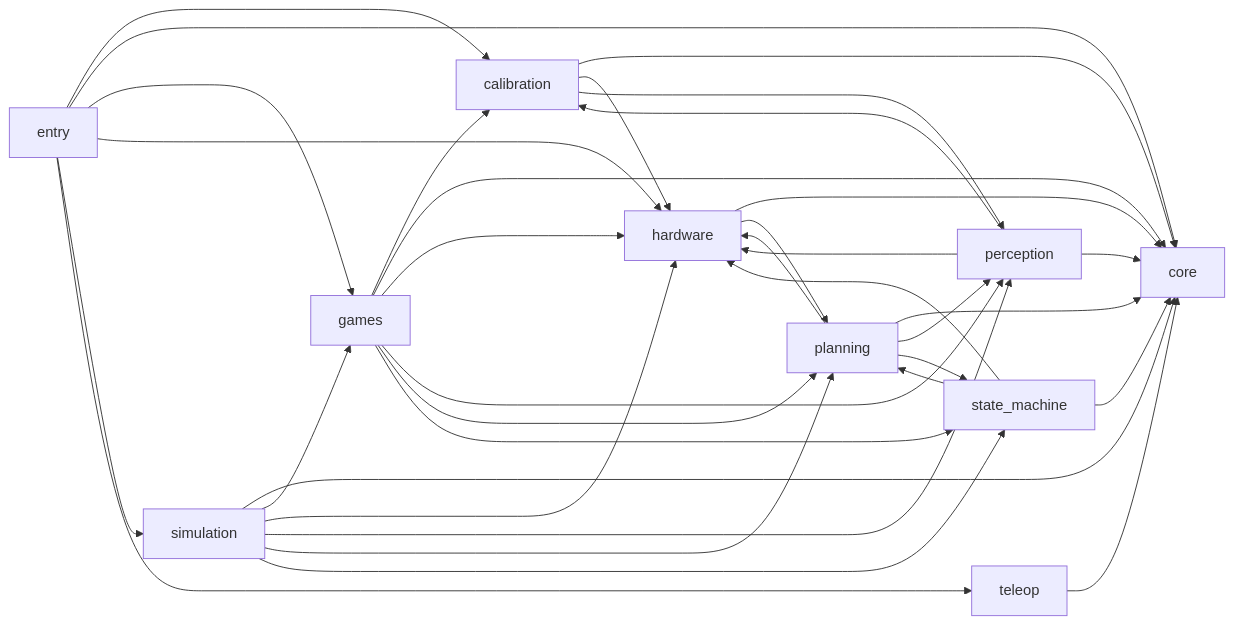
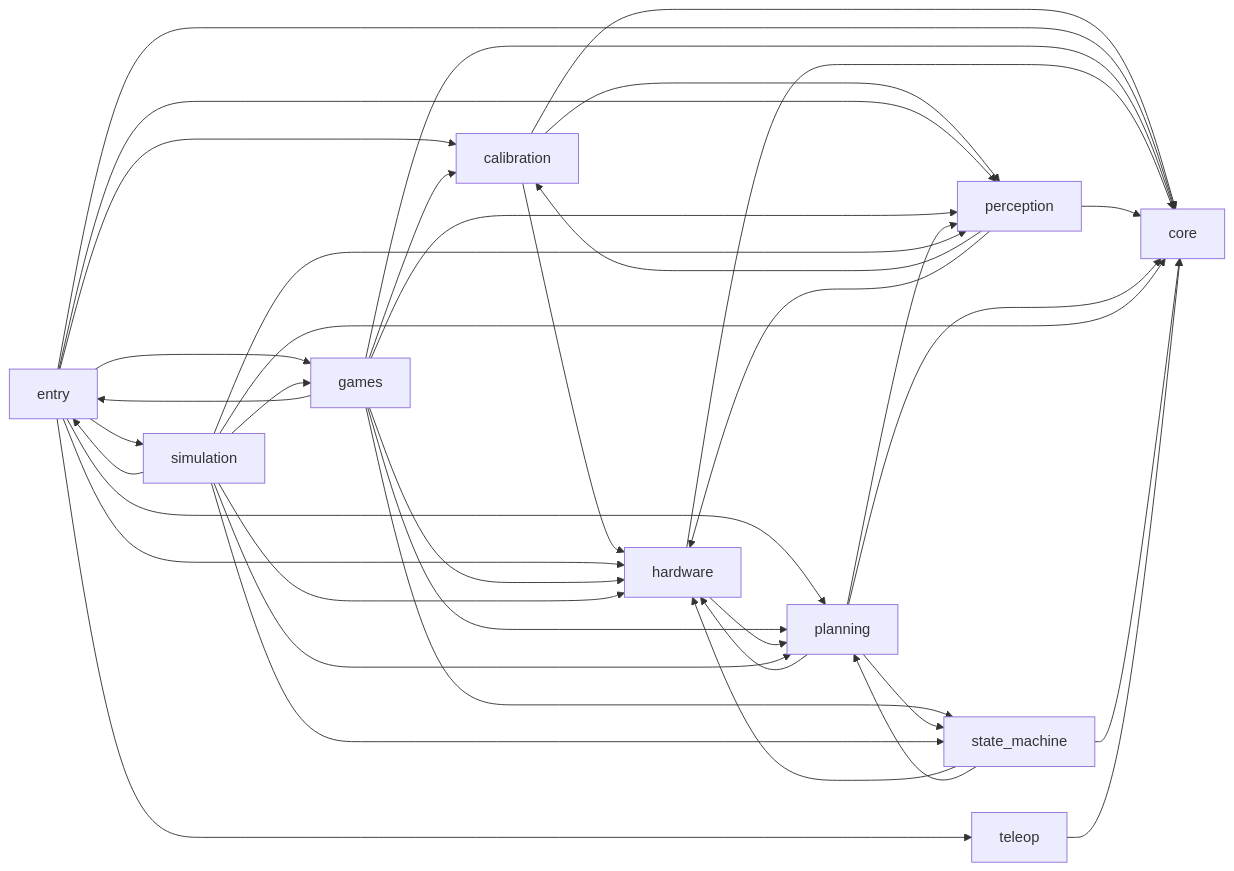
The diagram in docs/knowledge_graph.md (David1340/IEEE_arm_competition_Malta), drawn with Mermaid before and after one commit. The commit also changed other lines of this file and 13 other files, not shown here.

````diff
--- a/docs/knowledge_graph.md
+++ b/docs/knowledge_graph.md
@@ -11,37 +11,41 @@
 ```mermaid
 graph LR
     calibration --> core
     calibration --> hardware
     calibration --> perception
     entry --> calibration
     entry --> core
     entry --> games
     entry --> hardware
+    entry --> perception
+    entry --> planning
     entry --> simulation
     entry --> teleop
     games --> calibration
     games --> core
+    games --> entry
     games --> hardware
     games --> perception
     games --> planning
     games --> state_machine
     hardware --> core
     hardware --> planning
     perception --> calibration
     perception --> core
     perception --> hardware
     planning --> core
     planning --> hardware
     planning --> perception
     planning --> state_machine
     simulation --> core
+    simulation --> entry
     simulation --> games
     simulation --> hardware
     simulation --> perception
     simulation --> planning
     simulation --> state_machine
     state_machine --> core
     state_machine --> hardware
     state_machine --> planning
     teleop --> core
 ```
````
